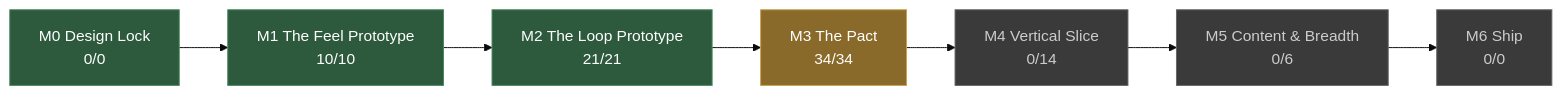
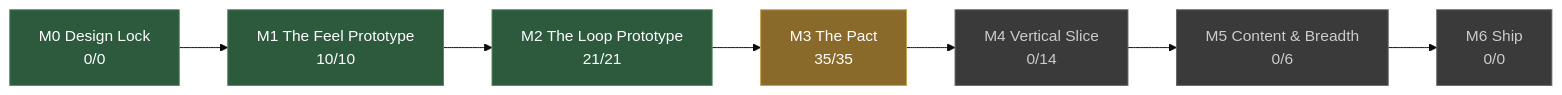
One commit to JoshuaGessner/she changed the diagram in docs/STATUS.md. Above: the diagram before and after it, drawn with Mermaid (base theme). The commit also changed other lines of this file and 9 other files, not shown here.

````diff
--- a/docs/STATUS.md
+++ b/docs/STATUS.md
@@ -13,19 +13,19 @@
 ```mermaid
 flowchart LR
   M0["M0 Design Lock<br/>0/0"]:::passed
   M1["M1 The Feel Prototype<br/>10/10"]:::passed
   M0 --> M1
   M2["M2 The Loop Prototype<br/>21/21"]:::passed
   M1 --> M2
-  M3["M3 The Pact<br/>34/34"]:::current
+  M3["M3 The Pact<br/>35/35"]:::current
   M2 --> M3
   M4["M4 Vertical Slice<br/>0/14"]:::ahead
   M3 --> M4
   M5["M5 Content & Breadth<br/>0/6"]:::ahead
   M4 --> M5
   M6["M6 Ship<br/>0/0"]:::ahead
   M5 --> M6
   classDef passed fill:#2d5a3d,stroke:#4a8a5f,color:#fff
   classDef current fill:#8a6a2a,stroke:#c8a04a,color:#fff
   classDef ahead fill:#3a3a3a,stroke:#666,color:#ccc
 ```
````
